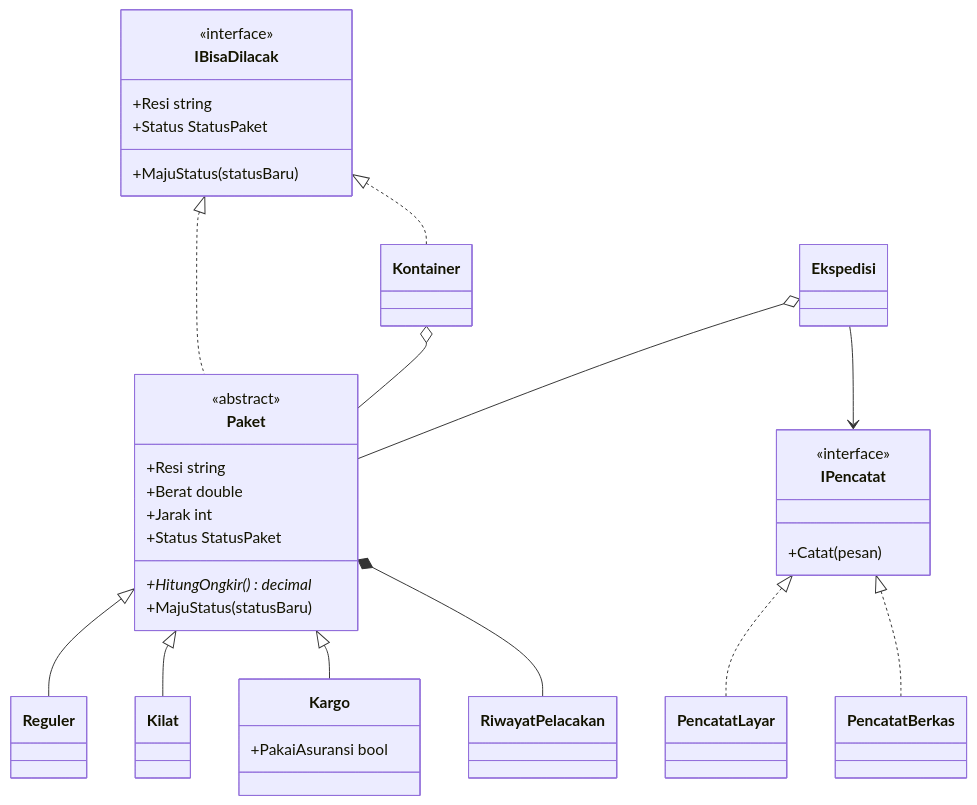
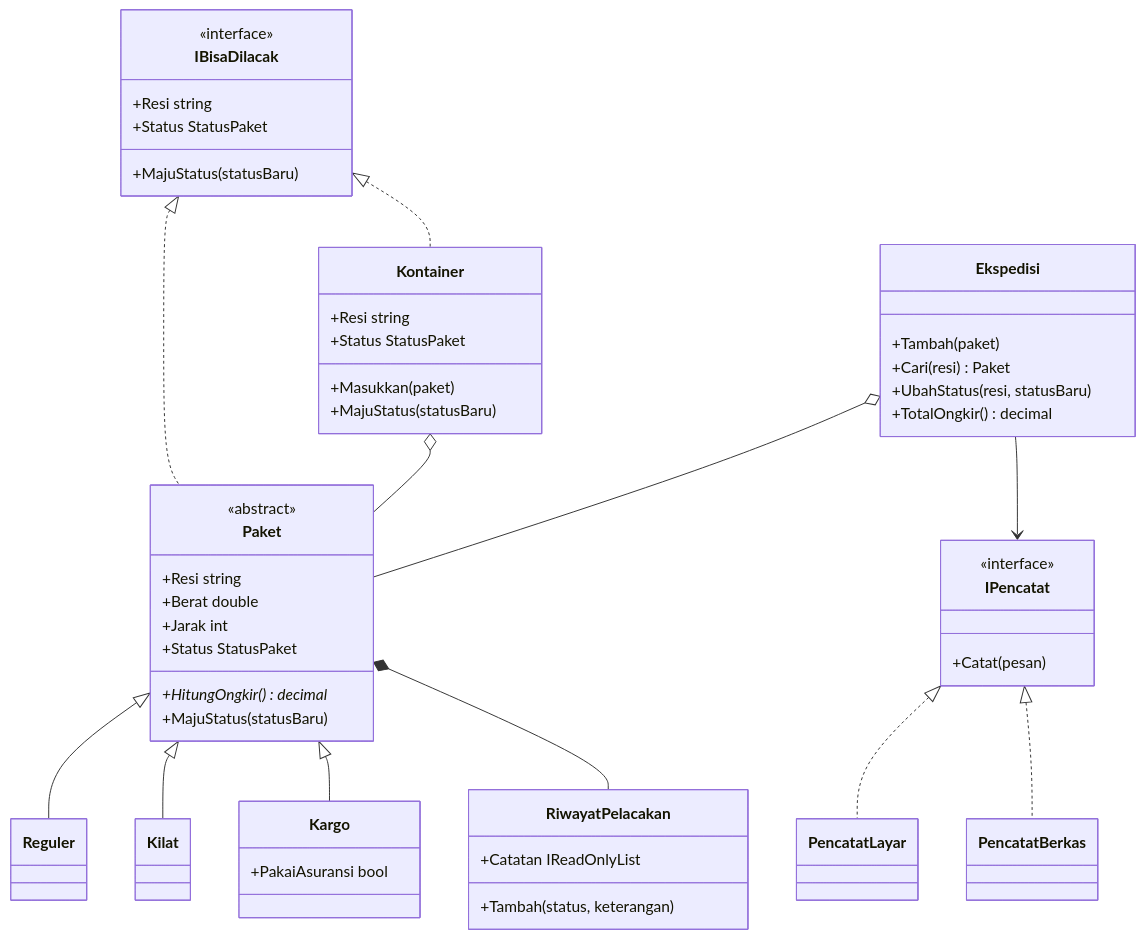
The diagram in proyek/README.md (oop-if-its/oop-5025251188), drawn with Mermaid before and after one commit.

Commit message:
revisi diagram kelas README

````diff
--- a/proyek/README.md
+++ b/proyek/README.md
@@ -26,37 +26,53 @@
 ```mermaid
 classDiagram
     class IBisaDilacak {
         <<interface>>
         +Resi string
         +Status StatusPaket
         +MajuStatus(statusBaru)
     }
     class IPencatat {
         <<interface>>
         +Catat(pesan)
     }
     class Paket {
         <<abstract>>
         +Resi string
         +Berat double
         +Jarak int
         +Status StatusPaket
         +HitungOngkir() decimal*
         +MajuStatus(statusBaru)
     }
     class Kargo {
         +PakaiAsuransi bool
     }
+    class Kontainer {
+        +Resi string
+        +Status StatusPaket
+        +Masukkan(paket)
+        +MajuStatus(statusBaru)
+    }
+    class Ekspedisi {
+        +Tambah(paket)
+        +Cari(resi) Paket
+        +UbahStatus(resi, statusBaru)
+        +TotalOngkir() decimal
+    }
+    class RiwayatPelacakan {
+        +Catatan IReadOnlyList
+        +Tambah(status, keterangan)
+    }
 
     IBisaDilacak <|.. Paket
     IBisaDilacak <|.. Kontainer
     Paket <|-- Reguler
     Paket <|-- Kilat
     Paket <|-- Kargo
     Paket *-- RiwayatPelacakan
     Kontainer o-- Paket
     Ekspedisi o-- Paket
     IPencatat <|.. PencatatLayar
     IPencatat <|.. PencatatBerkas
     Ekspedisi --> IPencatat
 ```
````
